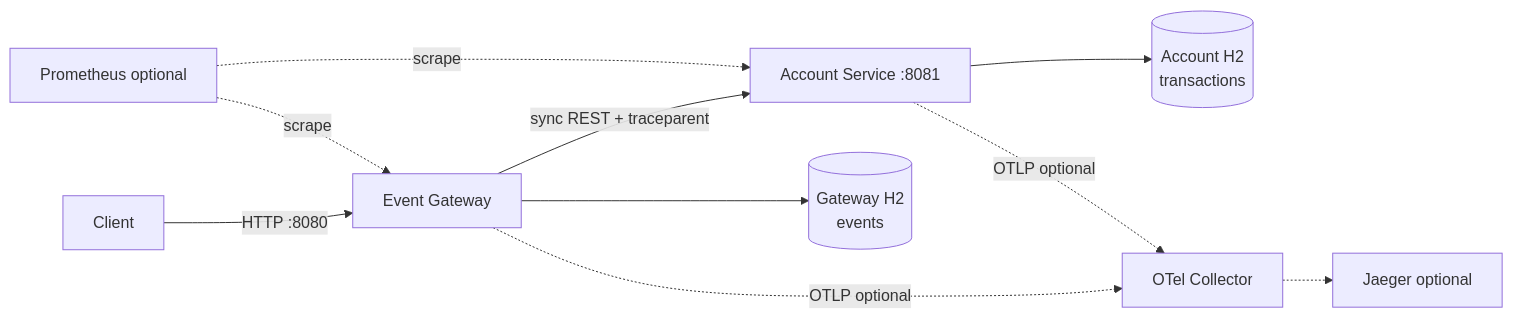
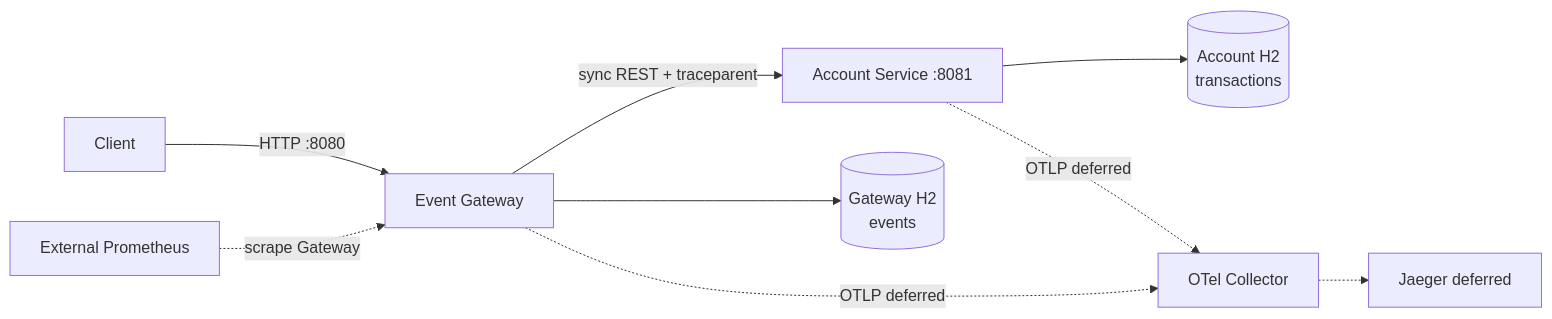
Before and after one commit to premkumarkori/event-ledger: the first of 4 diagrams in docs/spec/architecture.md, drawn with Mermaid. The commit also changed other lines of this file and 19 other files, not shown here.

````diff
--- a/docs/spec/architecture.md
+++ b/docs/spec/architecture.md
@@ -5,12 +5,11 @@
 ```mermaid
 flowchart LR
     C["Client"] -->|"HTTP :8080"| G["Event Gateway"]
     G -->|"sync REST + traceparent"| A["Account Service :8081"]
     G --> GDB[("Gateway H2\nevents")]
     A --> ADB[("Account H2\ntransactions")]
-    G -. "OTLP optional" .-> O["OTel Collector"]
-    A -. "OTLP optional" .-> O
-    O -.-> J["Jaeger optional"]
-    P["Prometheus optional"] -. "scrape" .-> G
-    P -. "scrape" .-> A
+    G -. "OTLP deferred" .-> O["OTel Collector"]
+    A -. "OTLP deferred" .-> O
+    O -.-> J["Jaeger deferred"]
+    P["External Prometheus"] -. "scrape Gateway" .-> G
 ```
````
